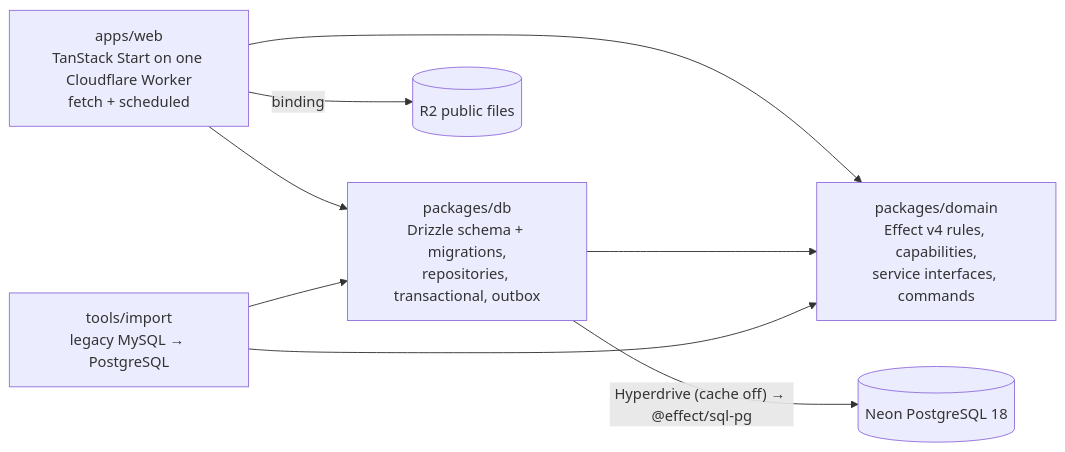
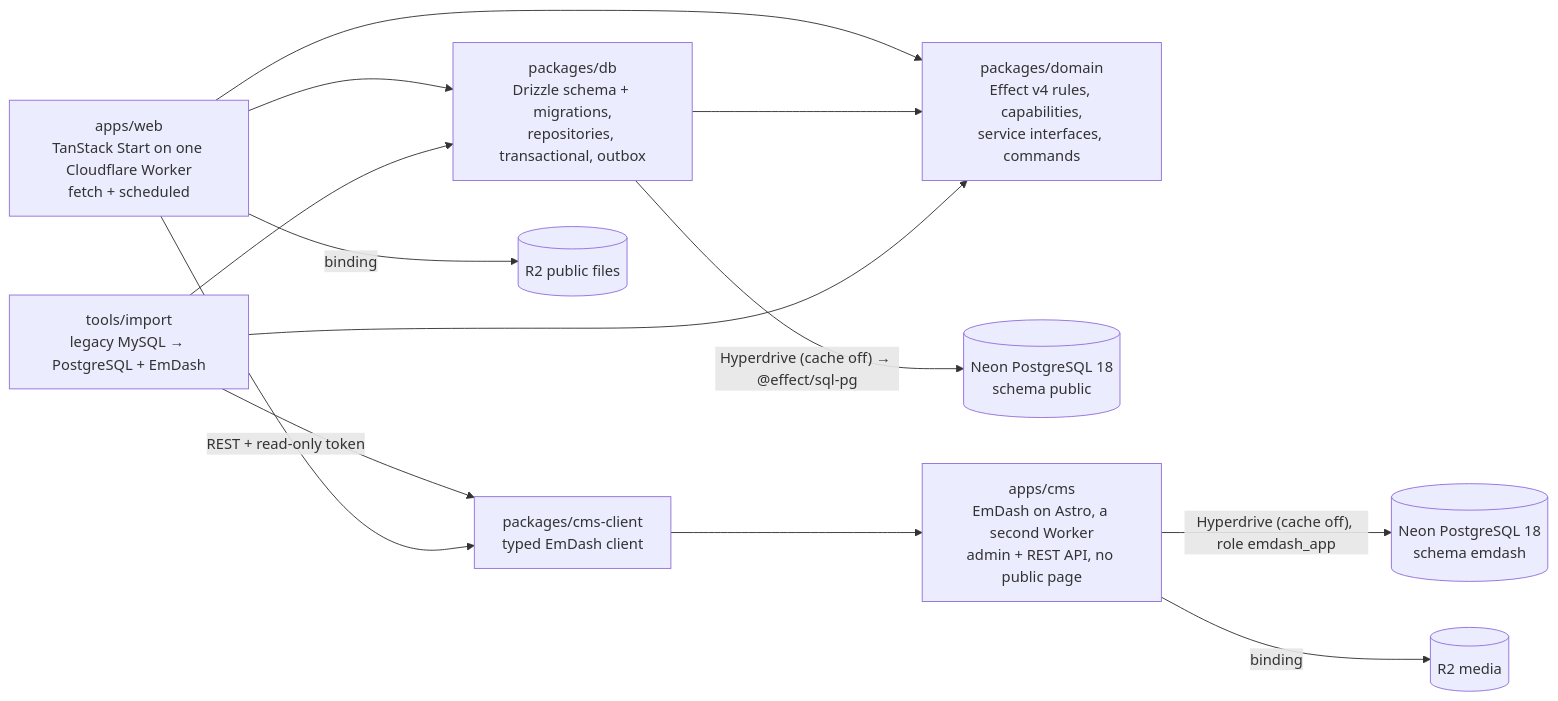
One commit to phibkro/vektorprogrammet-reimagined changed the diagram in AGENTS.md. Above: the diagram before and after it, drawn with Mermaid. The commit also changed other lines of this file and 31 other files, not shown here.

````diff
--- a/AGENTS.md
+++ b/AGENTS.md
@@ -21,10 +21,15 @@
 ```mermaid
 flowchart LR
   web["apps/web<br/>TanStack Start on one Cloudflare Worker<br/>fetch + scheduled"] --> domain["packages/domain<br/>Effect v4 rules, capabilities,<br/>service interfaces, commands"]
   web --> db["packages/db<br/>Drizzle schema + migrations,<br/>repositories, transactional, outbox"]
   db --> domain
-  import["tools/import<br/>legacy MySQL → PostgreSQL"] --> db
+  import["tools/import<br/>legacy MySQL → PostgreSQL + EmDash"] --> db
   import --> domain
-  db -->|"Hyperdrive (cache off) → @effect/sql-pg"| pg[("Neon PostgreSQL 18")]
+  import --> cmsclient
+  db -->|"Hyperdrive (cache off) → @effect/sql-pg"| pg[("Neon PostgreSQL 18<br/>schema public")]
   web -->|binding| r2[("R2 public files")]
+  web -->|"REST + read-only token"| cmsclient["packages/cms-client<br/>typed EmDash client"]
+  cmsclient --> cms["apps/cms<br/>EmDash on Astro, a second Worker<br/>admin + REST API, no public page"]
+  cms -->|"Hyperdrive (cache off), role emdash_app"| pgcms[("Neon PostgreSQL 18<br/>schema emdash")]
+  cms -->|binding| r2cms[("R2 media")]
 ```
````
